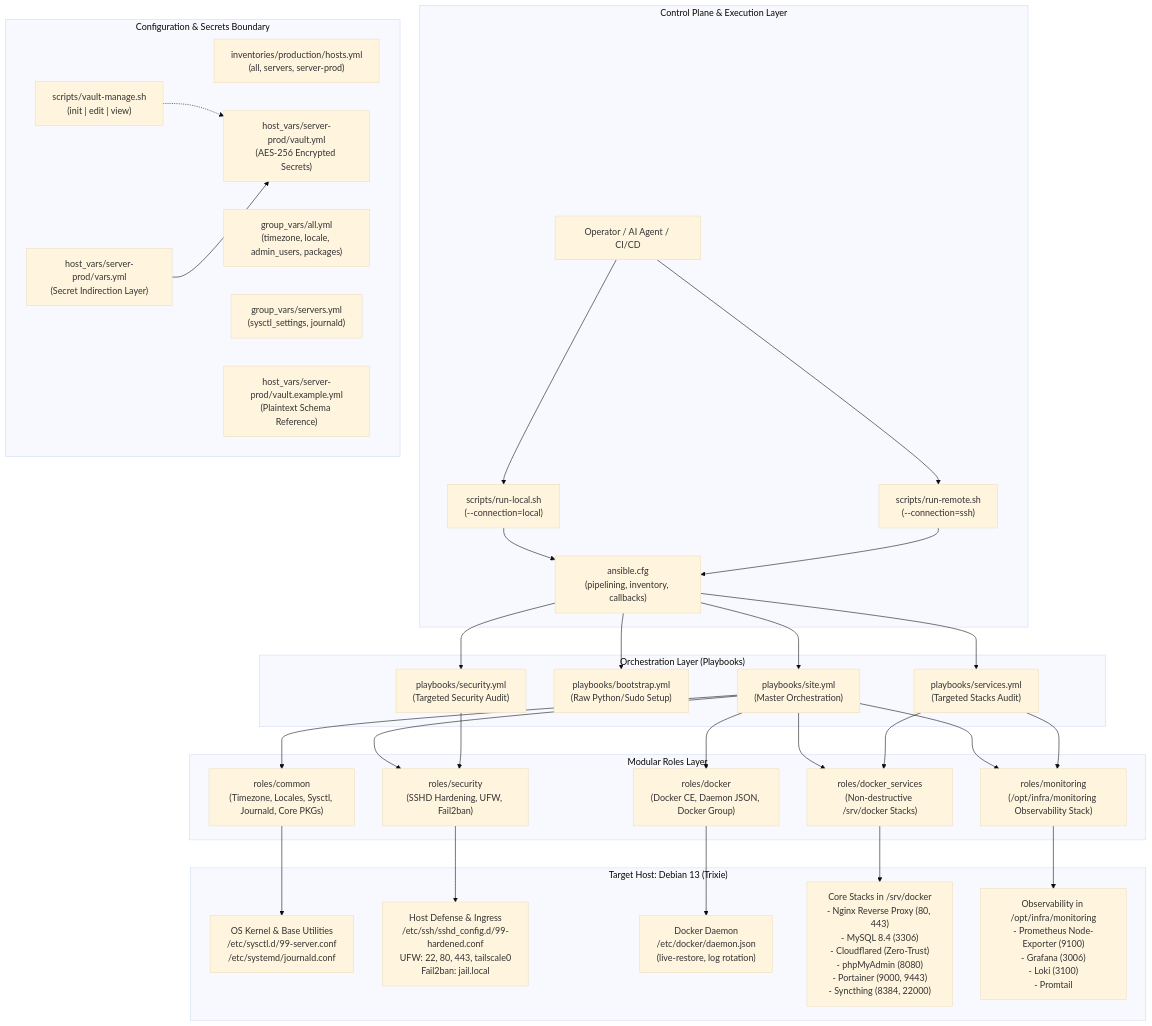
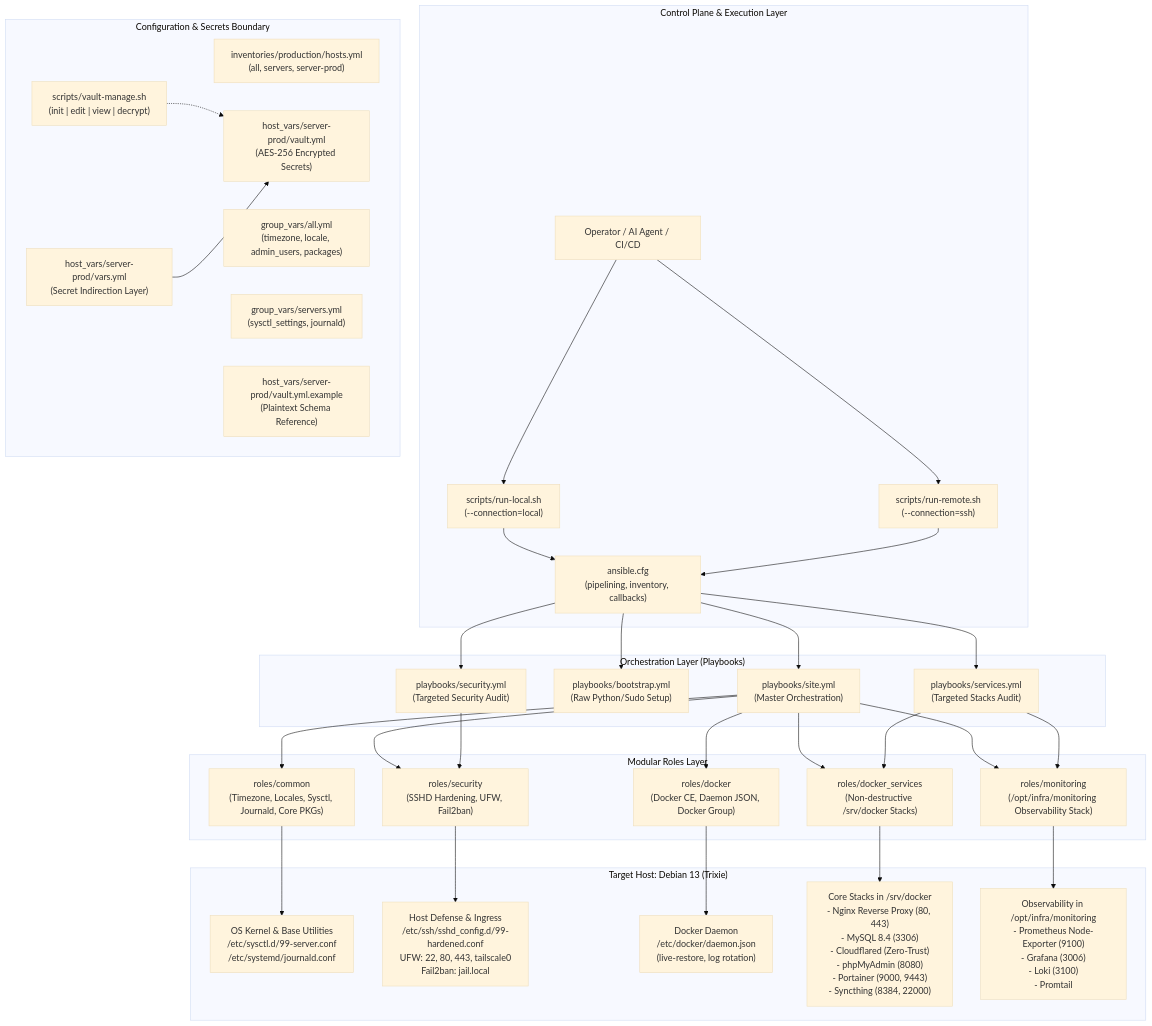
One commit to aazhrt/ansible-fyodor-aws changed the diagram in docs/ARCHITECTURE.md. Above: the diagram before and after it, drawn with Mermaid (base theme). The commit also changed other lines of this file and 6 other files, not shown here.

Commit message:
fix: address final code review findings (vault renaming, compose streams, and vault-manage)

````diff
--- a/docs/ARCHITECTURE.md
+++ b/docs/ARCHITECTURE.md
@@ -17,68 +17,68 @@
 ```mermaid
 graph TD
     subgraph "Control Plane & Execution Layer"
         CLI["Operator / AI Agent / CI/CD"]
         SH_LOCAL["scripts/run-local.sh\n(--connection=local)"]
         SH_REMOTE["scripts/run-remote.sh\n(--connection=ssh)"]
         CFG["ansible.cfg\n(pipelining, inventory, callbacks)"]
         CLI --> SH_LOCAL
         CLI --> SH_REMOTE
         SH_LOCAL --> CFG
         SH_REMOTE --> CFG
     end
 
     subgraph "Orchestration Layer (Playbooks)"
         PB_SITE["playbooks/site.yml\n(Master Orchestration)"]
         PB_BOOT["playbooks/bootstrap.yml\n(Raw Python/Sudo Setup)"]
         PB_SEC["playbooks/security.yml\n(Targeted Security Audit)"]
         PB_SVC["playbooks/services.yml\n(Targeted Stacks Audit)"]
         CFG --> PB_SITE
         CFG --> PB_BOOT
         CFG --> PB_SEC
         CFG --> PB_SVC
     end
 
     subgraph "Configuration & Secrets Boundary"
         INV_HOSTS["inventories/production/hosts.yml\n(all, servers, server-prod)"]
         GV_ALL["group_vars/all.yml\n(timezone, locale, admin_users, packages)"]
         GV_SERVERS["group_vars/servers.yml\n(sysctl_settings, journald)"]
         HV_VARS["host_vars/server-prod/vars.yml\n(Secret Indirection Layer)"]
         HV_VAULT["host_vars/server-prod/vault.yml\n(AES-256 Encrypted Secrets)"]
-        HV_EX["host_vars/server-prod/vault.example.yml\n(Plaintext Schema Reference)"]
-        VAULT_TOOL["scripts/vault-manage.sh\n(init | edit | view)"]
+        HV_EX["host_vars/server-prod/vault.yml.example\n(Plaintext Schema Reference)"]
+        VAULT_TOOL["scripts/vault-manage.sh\n(init | edit | view | decrypt)"]
         VAULT_TOOL -.-> HV_VAULT
         HV_VARS --> HV_VAULT
     end
 
     subgraph "Modular Roles Layer"
         R_COMMON["roles/common\n(Timezone, Locales, Sysctl, Journald, Core PKGs)"]
         R_SEC["roles/security\n(SSHD Hardening, UFW, Fail2ban)"]
         R_DOCKER["roles/docker\n(Docker CE, Daemon JSON, Docker Group)"]
         R_SERVICES["roles/docker_services\n(Non-destructive /srv/docker Stacks)"]
         R_MON["roles/monitoring\n(/opt/infra/monitoring Observability Stack)"]
     end
 
     PB_SITE --> R_COMMON
     PB_SITE --> R_SEC
     PB_SITE --> R_DOCKER
     PB_SITE --> R_SERVICES
     PB_SITE --> R_MON
 
     PB_SEC --> R_SEC
     PB_SVC --> R_SERVICES
     PB_SVC --> R_MON
 
     subgraph "Target Host: Debian 13 (Trixie)"
         HOST_SYS["OS Kernel & Base Utilities\n/etc/sysctl.d/99-server.conf\n/etc/systemd/journald.conf"]
         HOST_SEC["Host Defense & Ingress\n/etc/ssh/sshd_config.d/99-hardened.conf\nUFW: 22, 80, 443, tailscale0\nFail2ban: jail.local"]
         HOST_DOCKER["Docker Daemon\n/etc/docker/daemon.json\n(live-restore, log rotation)"]
         SRV_STACKS["Core Stacks in /srv/docker\n- Nginx Reverse Proxy (80, 443)\n- MySQL 8.4 (3306)\n- Cloudflared (Zero-Trust)\n- phpMyAdmin (8080)\n- Portainer (9000, 9443)\n- Syncthing (8384, 22000)"]
         MON_STACKS["Observability in /opt/infra/monitoring\n- Prometheus Node-Exporter (9100)\n- Grafana (3006)\n- Loki (3100)\n- Promtail"]
     end
 
     R_COMMON --> HOST_SYS
     R_SEC --> HOST_SEC
     R_DOCKER --> HOST_DOCKER
     R_SERVICES --> SRV_STACKS
     R_MON --> MON_STACKS
 ```
````
